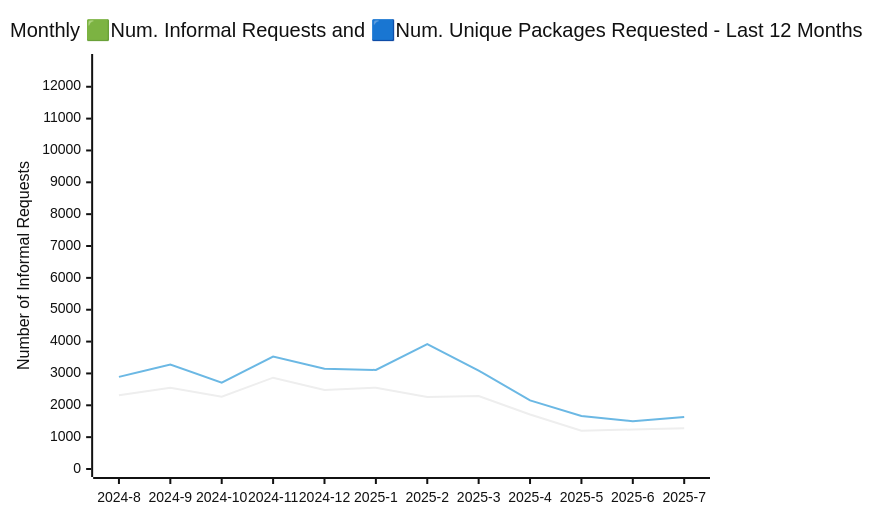
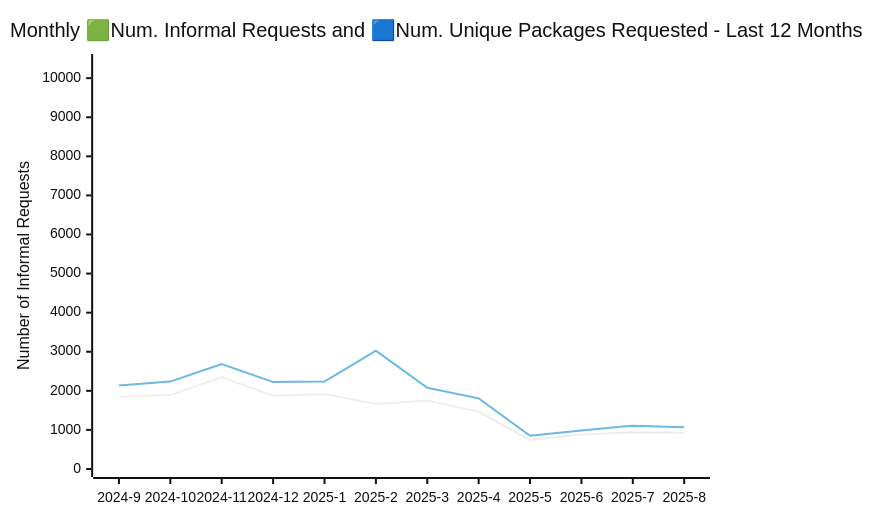
One commit to open-data/analytics-corporate-reporting changed the diagram in ATI_INFORMAL_REPORT/readme.md. Above: the diagram before and after it, drawn with Mermaid (neutral theme). The commit also changed other lines of this file and 5 other files, not shown here.

````diff
--- a/ATI_INFORMAL_REPORT/readme.md
+++ b/ATI_INFORMAL_REPORT/readme.md
@@ -17,11 +17,11 @@
 ```mermaid
 
 xychart-beta
     title "Monthly 🟩Num. Informal Requests and 🟦Num. Unique Packages Requested - Last 12 Months"
-    x-axis [2024-8, 2024-9, 2024-10, 2024-11, 2024-12, 2025-1, 2025-2, 2025-3, 2025-4, 2025-5, 2025-6, 2025-7]
-    y-axis "Unique Packages" 0 --> 10094
-    y-axis "Number of Informal Requests" 0 --> 12777
+    x-axis [2024-9, 2024-10, 2024-11, 2024-12, 2025-1, 2025-2, 2025-3, 2025-4, 2025-5, 2025-6, 2025-7, 2025-8]
+    y-axis "Unique Packages" 0 --> 8990
+    y-axis "Number of Informal Requests" 0 --> 10413
 
-    line [2315, 2553, 2271, 2867, 2479, 2553, 2263, 2291, 1711, 1202, 1240, 1283]
-    line [2892, 3279, 2713, 3527, 3151, 3110, 3920, 3091, 2153, 1667, 1499, 1635]
+    line [1849, 1893, 2347, 1874, 1919, 1662, 1751, 1467, 744, 882, 941, 930]
+    line [2138, 2236, 2688, 2223, 2237, 3027, 2080, 1808, 849, 982, 1109, 1070]
 ```
````
